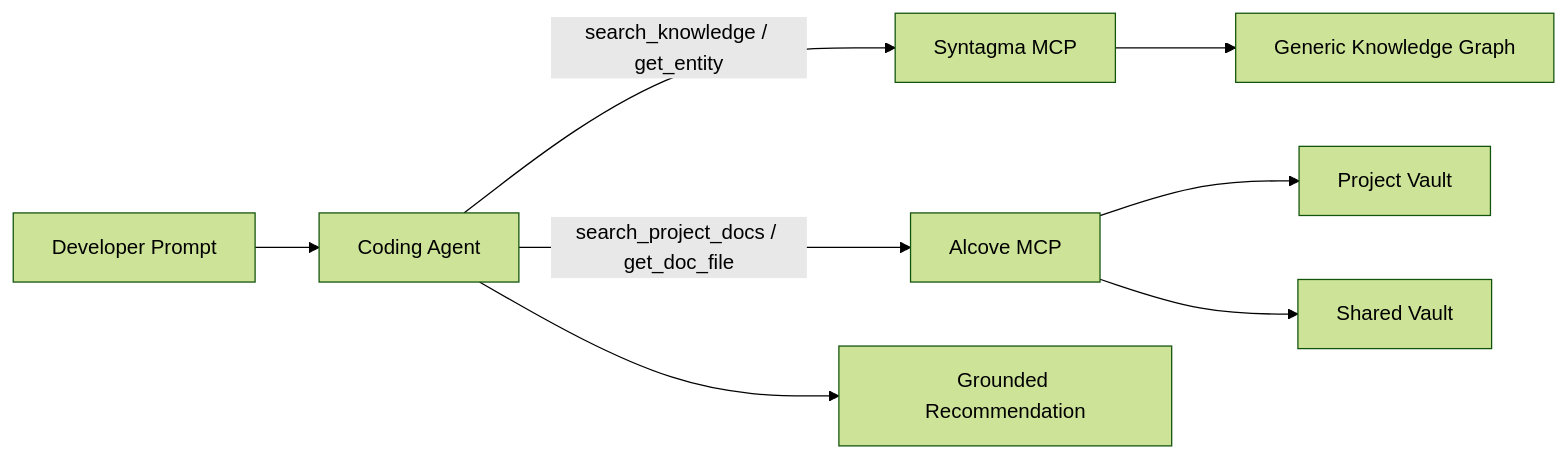
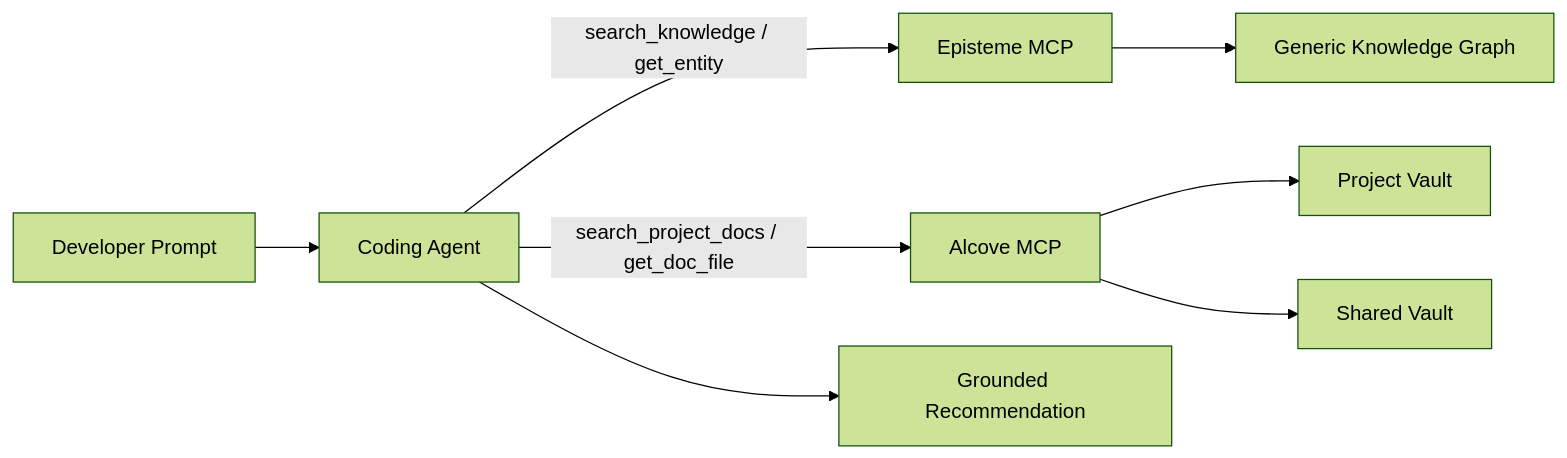
One commit to epicsagas/Episteme changed the first of 4 diagrams in docs/alcove-integration.md. Above: the diagram before and after it, drawn with Mermaid (forest theme). The commit also changed other lines of this file and 100 other files, not shown here.

First line of the commit message:
feat(core)!: rebrand syntagma to episteme

````diff
--- a/docs/alcove-integration.md
+++ b/docs/alcove-integration.md
@@ -25,10 +25,10 @@
 ```mermaid
 flowchart LR
   U[Developer Prompt] --> A[Coding Agent]
-  A -->|search_knowledge / get_entity| S[Syntagma MCP]
+  A -->|search_knowledge / get_entity| S[Episteme MCP]
   A -->|search_project_docs / get_doc_file| L[Alcove MCP]
   S --> SG[Generic Knowledge Graph]
   L --> PV[Project Vault]
   L --> SV[Shared Vault]
   A --> R[Grounded Recommendation]
 ```
````
